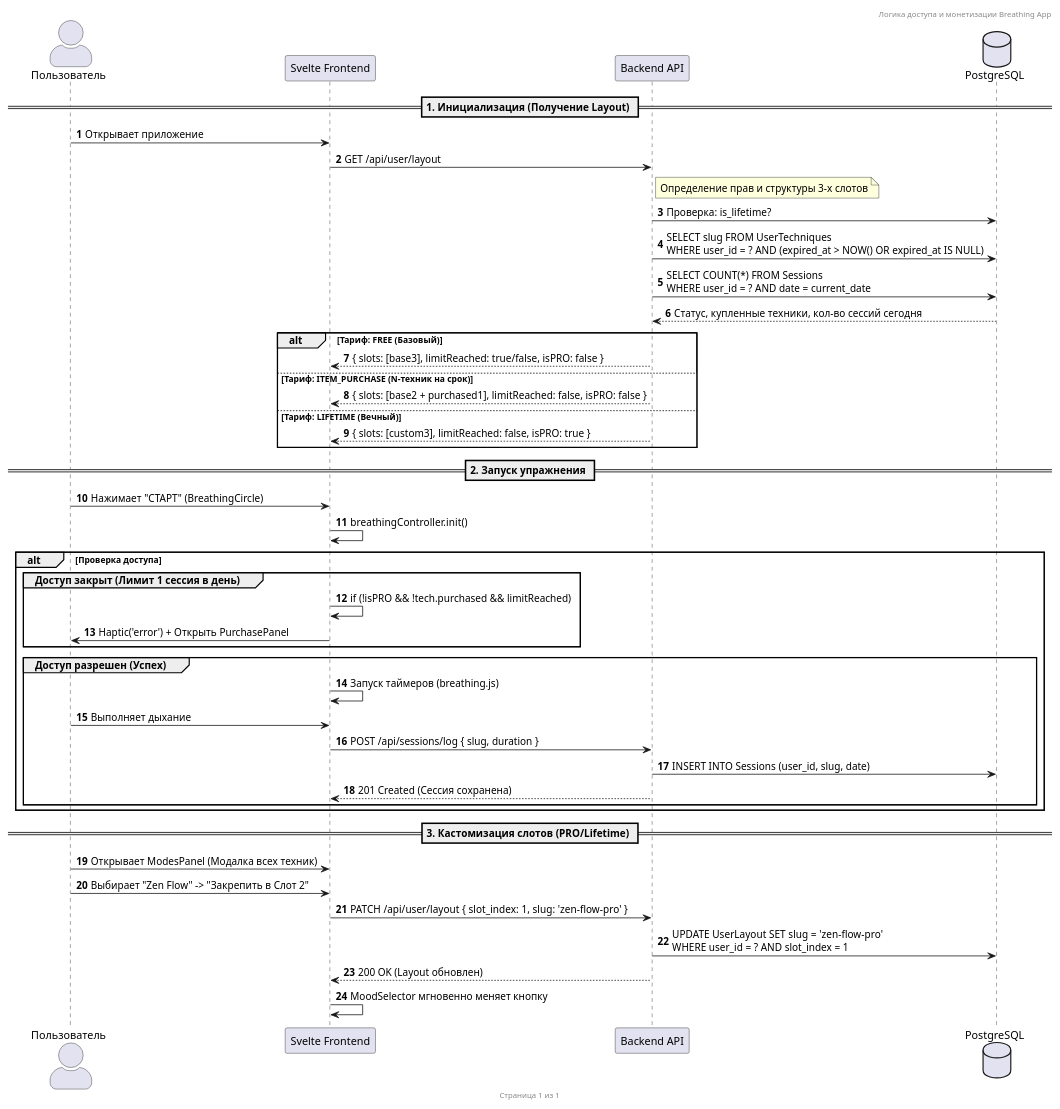
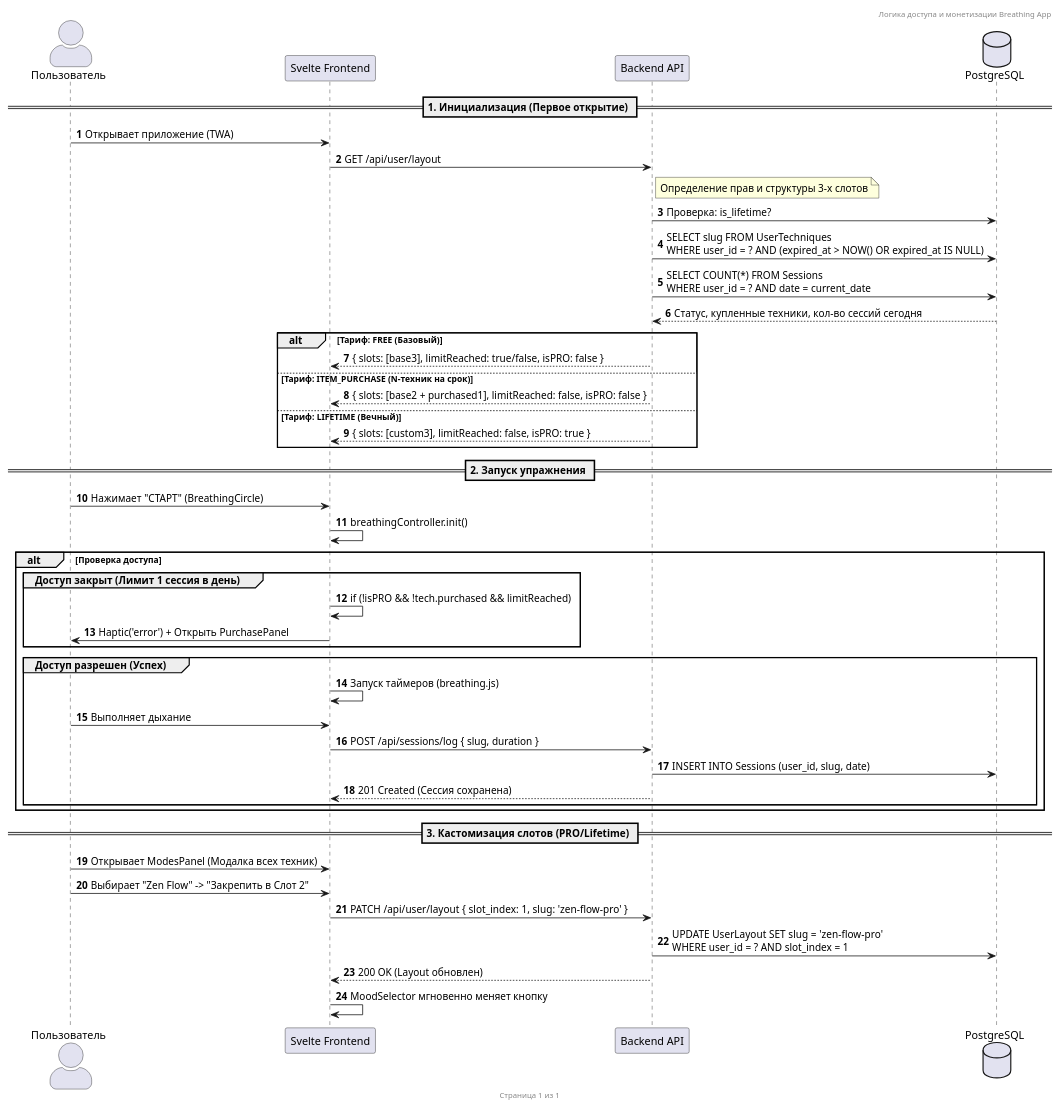
One commit to plcgi1/ai-breath-coach changed the diagram in docs/pricing/pricing-flow.puml. Above: the diagram before and after it, drawn with PlantUML. The commit also changed 15 other files, not shown here.

```diff
--- a/docs/pricing/pricing-flow.puml
+++ b/docs/pricing/pricing-flow.puml
@@ -1,71 +1,71 @@
 @startuml
 skinparam actorStyle awesome
 autonumber
 skinparam PackageBackgroundColor #f9f9f9
 skinparam SequenceGroupBodyBackgroundColor #FFFFFF99
 
 header Логика доступа и монетизации Breathing App
 footer Страница %page% из %lastpage%
 
 actor "Пользователь" as User
 participant "Svelte Frontend" as App
 participant "Backend API" as API
 database "PostgreSQL" as DB
 
-== 1. Инициализация (Получение Layout) ==
+== 1. Инициализация (Первое открытие) ==
 
-User -> App: Открывает приложение
+User -> App: Открывает приложение (TWA)
 App -> API: GET /api/user/layout
 note right of API: Определение прав и структуры 3-х слотов
 
 API -> DB: Проверка: is_lifetime?
 API -> DB: SELECT slug FROM UserTechniques\nWHERE user_id = ? AND (expired_at > NOW() OR expired_at IS NULL)
 API -> DB: SELECT COUNT(*) FROM Sessions\nWHERE user_id = ? AND date = current_date
 DB --> API: Статус, купленные техники, кол-во сессий сегодня
 
 alt Тариф: FREE (Базовый)
     API --> App: { slots: [base3], limitReached: true/false, isPRO: false }
 else Тариф: ITEM_PURCHASE (N-техник на срок)
     API --> App: { slots: [base2 + purchased1], limitReached: false, isPRO: false }
 else Тариф: LIFETIME (Вечный)
     API --> App: { slots: [custom3], limitReached: false, isPRO: true }
 end
 
 == 2. Запуск упражнения ==
 
 User -> App: Нажимает "СТАРТ" (BreathingCircle)
 App -> App: breathingController.init()
 
 alt Проверка доступа
     
     group Доступ закрыт (Лимит 1 сессия в день)
         App -> App: if (!isPRO && !tech.purchased && limitReached)
         App -> User: Haptic('error') + Открыть PurchasePanel
     end
     
     group Доступ разрешен (Успех)
         App -> App: Запуск таймеров (breathing.js)
         User -> App: Выполняет дыхание
         
         App -> API: POST /api/sessions/log { slug, duration }
         API -> DB: INSERT INTO Sessions (user_id, slug, date)
         API --> App: 201 Created (Сессия сохранена)
         
         ' note right of App
         '     Для Free-юзера: при следующем 
         '     запросе limitReached станет true
         ' end
     end
 end
 
 == 3. Кастомизация слотов (PRO/Lifetime) ==
 
 User -> App: Открывает ModesPanel (Модалка всех техник)
 User -> App: Выбирает "Zen Flow" -> "Закрепить в Слот 2"
 
 App -> API: PATCH /api/user/layout { slot_index: 1, slug: 'zen-flow-pro' }
 API -> DB: UPDATE UserLayout SET slug = 'zen-flow-pro'\nWHERE user_id = ? AND slot_index = 1
 API --> App: 200 OK (Layout обновлен)
 App -> App: MoodSelector мгновенно меняет кнопку
 
 @enduml
```
